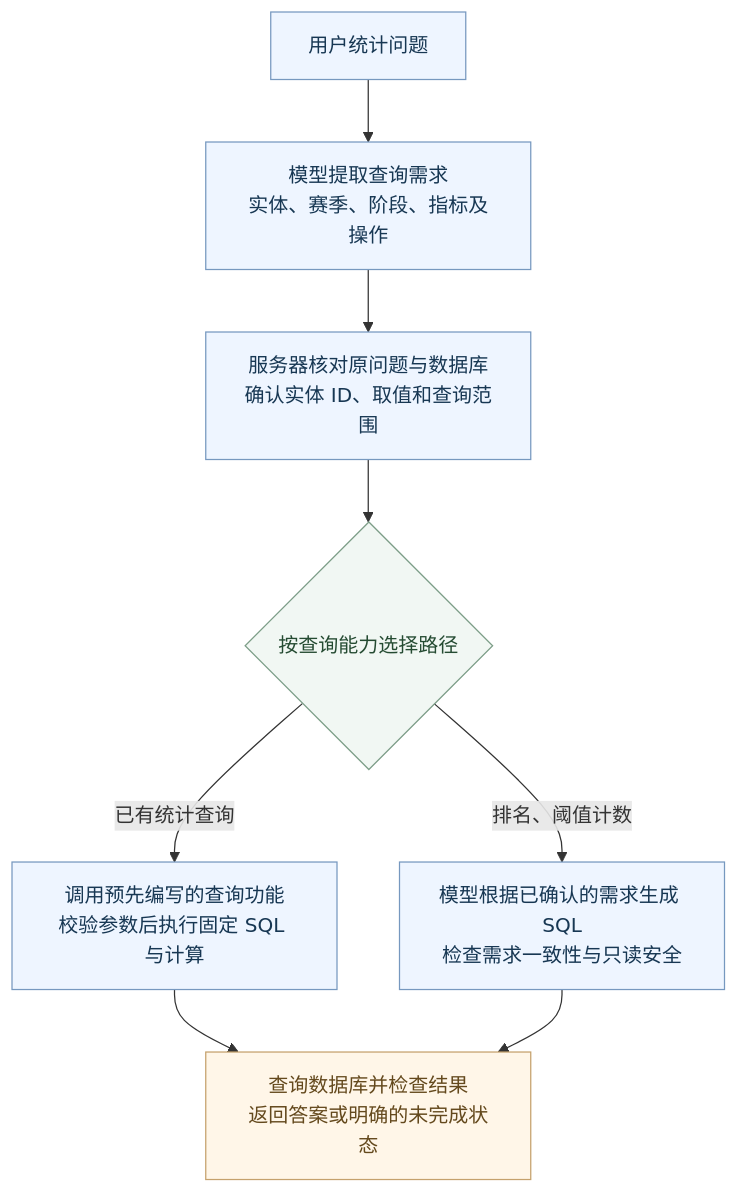
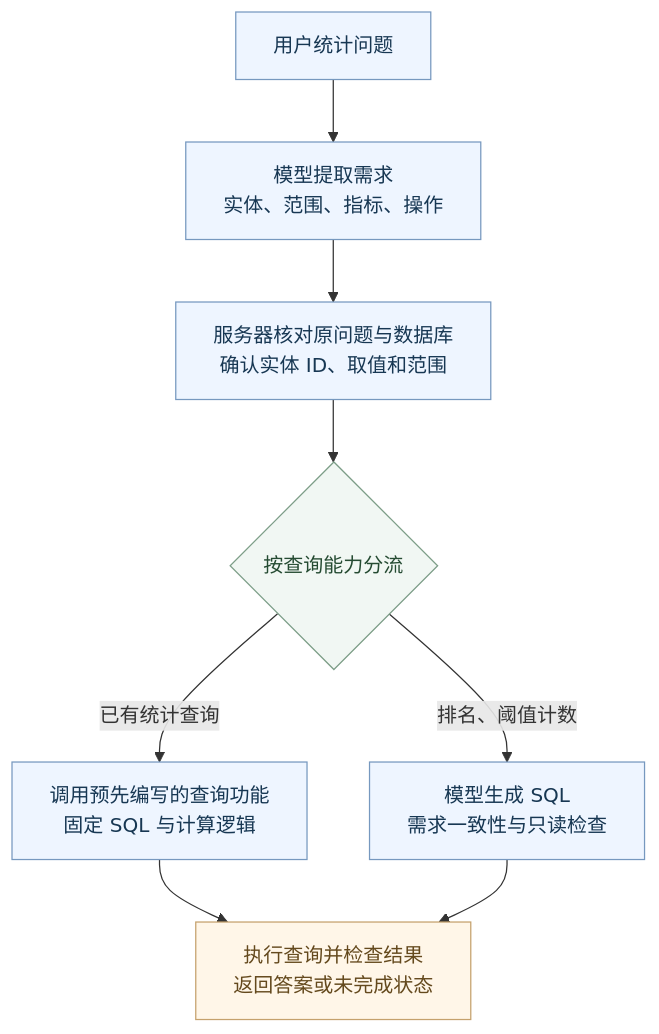
The third of 3 diagrams in README.md (yangxiaolin9527/nba-analytics-agent), drawn with Mermaid before and after one commit. The commit also changed 1 other file, not shown here.

Commit message:
docs: keep query route diagram labels compact

````diff
--- a/README.md
+++ b/README.md
@@ -206,17 +206,17 @@
 ```mermaid
 flowchart TB
-  Q["用户统计问题"] --> M["模型提取查询需求<br/>实体、赛季、阶段、指标及操作"]
-  M --> G["服务器核对原问题与数据库<br/>确认实体 ID、取值和查询范围"]
-  G --> D{"按查询能力选择路径"}
-  D -->|已有统计查询| T["调用预先编写的查询功能<br/>校验参数后执行固定 SQL 与计算"]
-  D -->|排名、阈值计数| S["模型根据已确认的需求生成 SQL<br/>检查需求一致性与只读安全"]
-  T --> R["查询数据库并检查结果<br/>返回答案或明确的未完成状态"]
+  Q["用户统计问题"] --> M["模型提取需求<br/>实体、范围、指标、操作"]
+  M --> G["服务器核对原问题与数据库<br/>确认实体 ID、取值和范围"]
+  G --> D{"按查询能力分流"}
+  D -->|已有统计查询| T["调用预先编写的查询功能<br/>固定 SQL 与计算逻辑"]
+  D -->|排名、阈值计数| S["模型生成 SQL<br/>需求一致性与只读检查"]
+  T --> R["执行查询并检查结果<br/>返回答案或未完成状态"]
   S --> R
 
   classDef service fill:#eef5ff,stroke:#7698bf,color:#173753
   classDef store fill:#f1f7f3,stroke:#7d9e88,color:#254b32
   classDef result fill:#fff6e8,stroke:#c5a16c,color:#64491d
   class Q,M,G,T,S service
   class D store
   class R result
 ```
````
